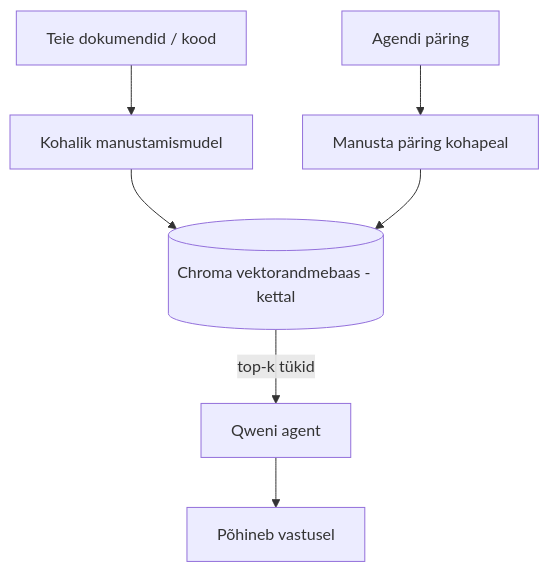
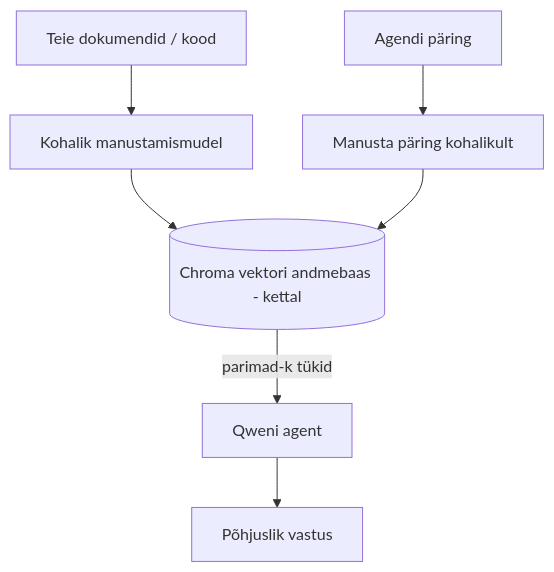
Before and after one commit to gabrielmoreira/agent-skills-mirror: the third of 4 diagrams in mirrors/repos/microsoft@ai-agents-for-beginners/translations/et/17-creating-local-ai-agents/README.md, drawn with Mermaid. The commit also changed other lines of this file and 4262 other files, not shown here.

````diff
--- a/mirrors/repos/microsoft@ai-agents-for-beginners/translations/et/17-creating-local-ai-agents/README.md
+++ b/mirrors/repos/microsoft@ai-agents-for-beginners/translations/et/17-creating-local-ai-agents/README.md
@@ -125,9 +125,9 @@
 ```mermaid
 flowchart TB
     D[Teie dokumendid / kood] --> E[Kohalik manustamismudel]
-    E --> V[(Chroma vektorandmebaas - kettal)]
-    Q[Agendi päring] --> QE[Manusta päring kohapeal]
+    E --> V[(Chroma vektori andmebaas - kettal)]
+    Q[Agendi päring] --> QE[Manusta päring kohalikult]
     QE --> V
-    V -->|top-k tükid| A[Qweni agent]
-    A --> Ans[Põhineb vastusel]
+    V -->|parimad-k tükid| A[Qweni agent]
+    A --> Ans[Põhjuslik vastus]
 ```
````
